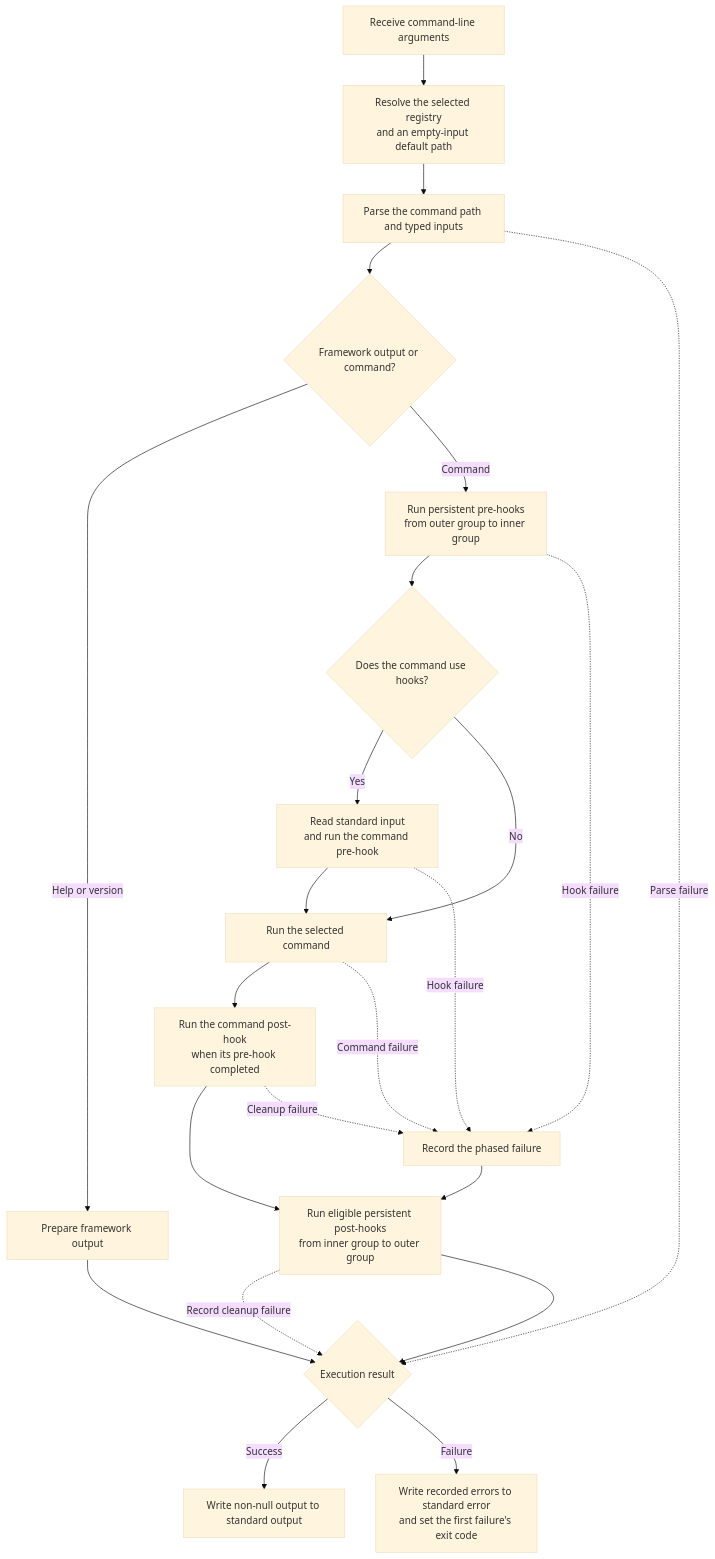
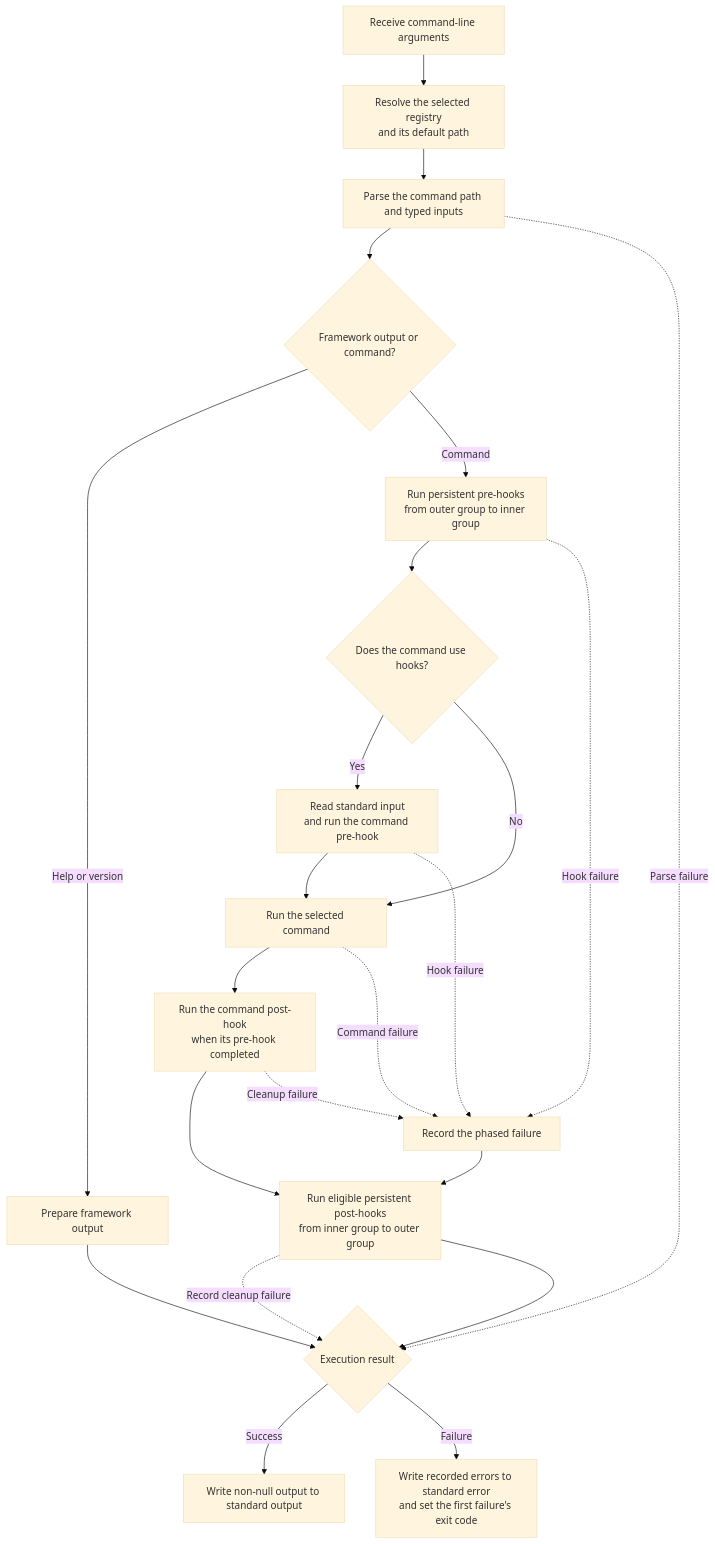
The first of 2 diagrams in docs/src/content/docs/reference/executor.md (louiss0/mamba), drawn with Mermaid (base theme) before and after one commit. The commit also changed other lines of this file and 13 other files, not shown here.

````diff
--- a/docs/src/content/docs/reference/executor.md
+++ b/docs/src/content/docs/reference/executor.md
@@ -34,28 +34,28 @@
 ```mermaid
 flowchart TD
-    A["Receive command-line arguments"] --> B["Resolve the selected registry<br/>and an empty-input default path"]
+    A["Receive command-line arguments"] --> B["Resolve the selected registry<br/>and its default path"]
     B --> C["Parse the command path and typed inputs"]
     C --> D{"Framework output or command?"}
 
     D -->|Help or version| E["Prepare framework output"]
     D -->|Command| F["Run persistent pre-hooks<br/>from outer group to inner group"]
     F --> G{"Does the command use hooks?"}
     G -->|Yes| H["Read standard input<br/>and run the command pre-hook"]
     G -->|No| I["Run the selected command"]
     H --> I
     I --> J["Run the command post-hook<br/>when its pre-hook completed"]
     J --> K["Run eligible persistent post-hooks<br/>from inner group to outer group"]
 
     C -. "Parse failure" .-> M
     F -. "Hook failure" .-> L["Record the phased failure"]
     H -. "Hook failure" .-> L
     I -. "Command failure" .-> L
     J -. "Cleanup failure" .-> L
     L --> K
     K -. "Record cleanup failure" .-> M
 
     E --> M{"Execution result"}
     K --> M
     M -->|Success| N["Write non-null output to standard output"]
     M -->|Failure| O["Write recorded errors to standard error<br/>and set the first failure's exit code"]
 ```
````
